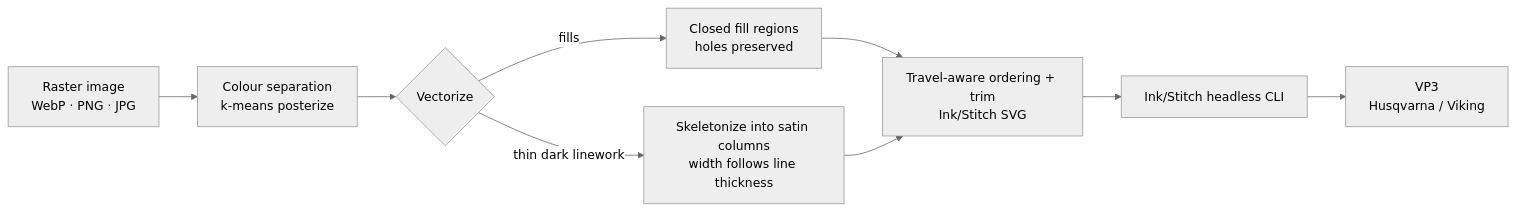
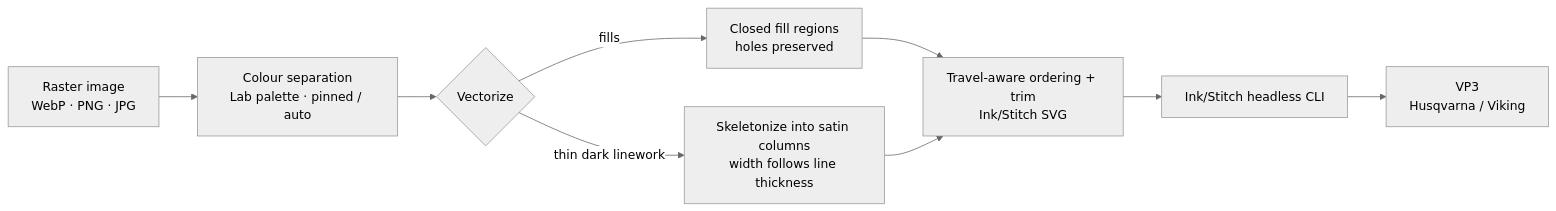
Before and after one commit to kxzl/machine-embroidery-patch-digitizer: the diagram in README.md, drawn with Mermaid (neutral theme). The commit also changed other lines of this file and 4 other files, not shown here.

Commit message:
vectorize: inkstitch_svg_version 4 metadata + pinned fill params; palette pinning (--palette / YAML palette, Lab nearest); S3 auto palette default (--palette-mode kmeans = legacy); make_config reads prompt palette; run.sh forwards --palette

````diff
--- a/README.md
+++ b/README.md
@@ -24,11 +24,11 @@
 ```mermaid
 flowchart LR
-    A[Raster image<br/>WebP · PNG · JPG] --> B[Colour separation<br/>k-means posterize]
+    A[Raster image<br/>WebP · PNG · JPG] --> B[Colour separation<br/>Lab palette · pinned / auto]
     B --> C{Vectorize}
     C -->|fills| D[Closed fill regions<br/>holes preserved]
     C -->|thin dark linework| E[Skeletonize into satin columns<br/>width follows line thickness]
     D --> F[Travel-aware ordering + trim<br/>Ink/Stitch SVG]
     E --> F
     F --> G[Ink/Stitch headless CLI]
     G --> H[VP3<br/>Husqvarna / Viking]
 ```
````
